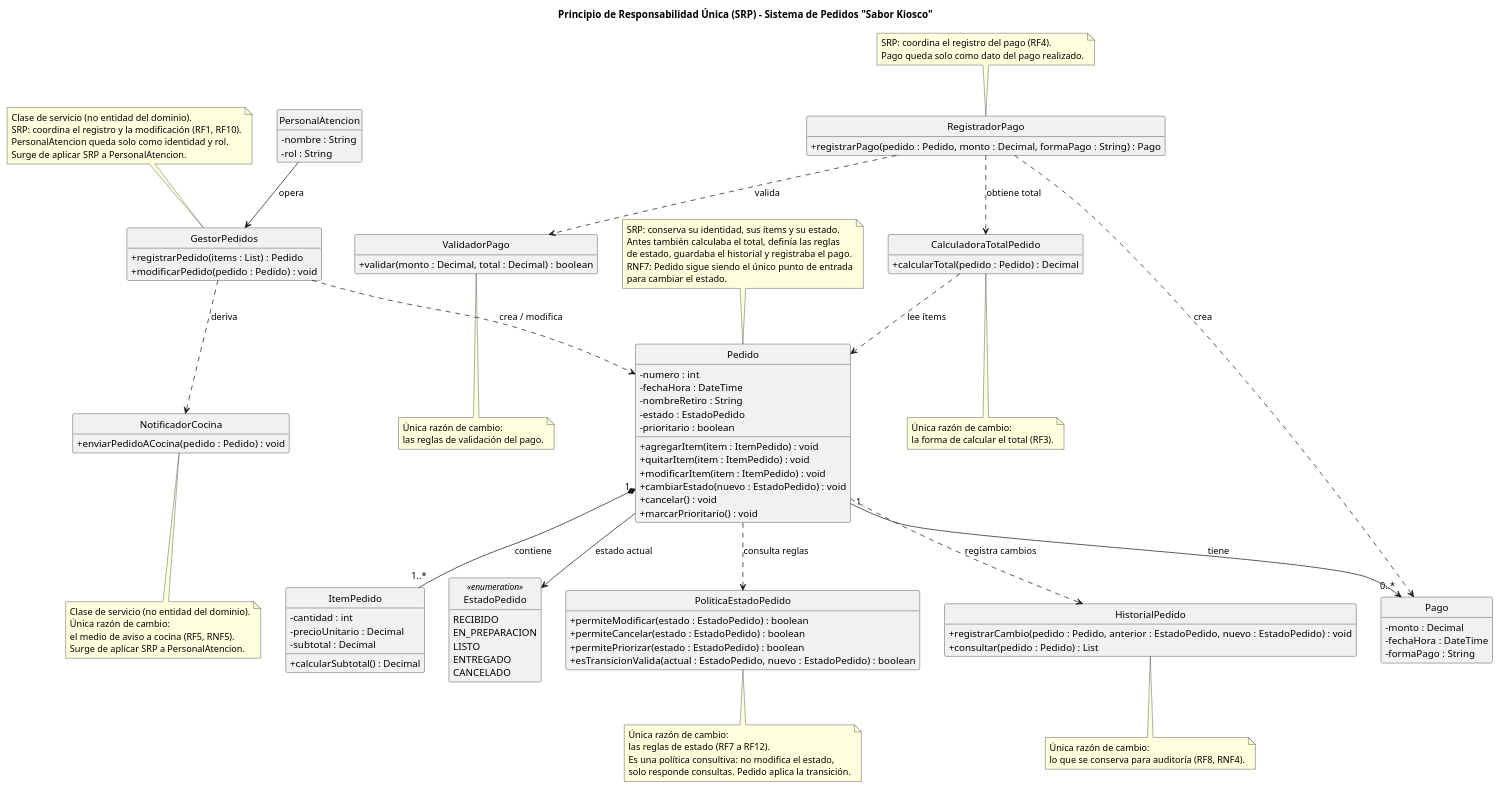
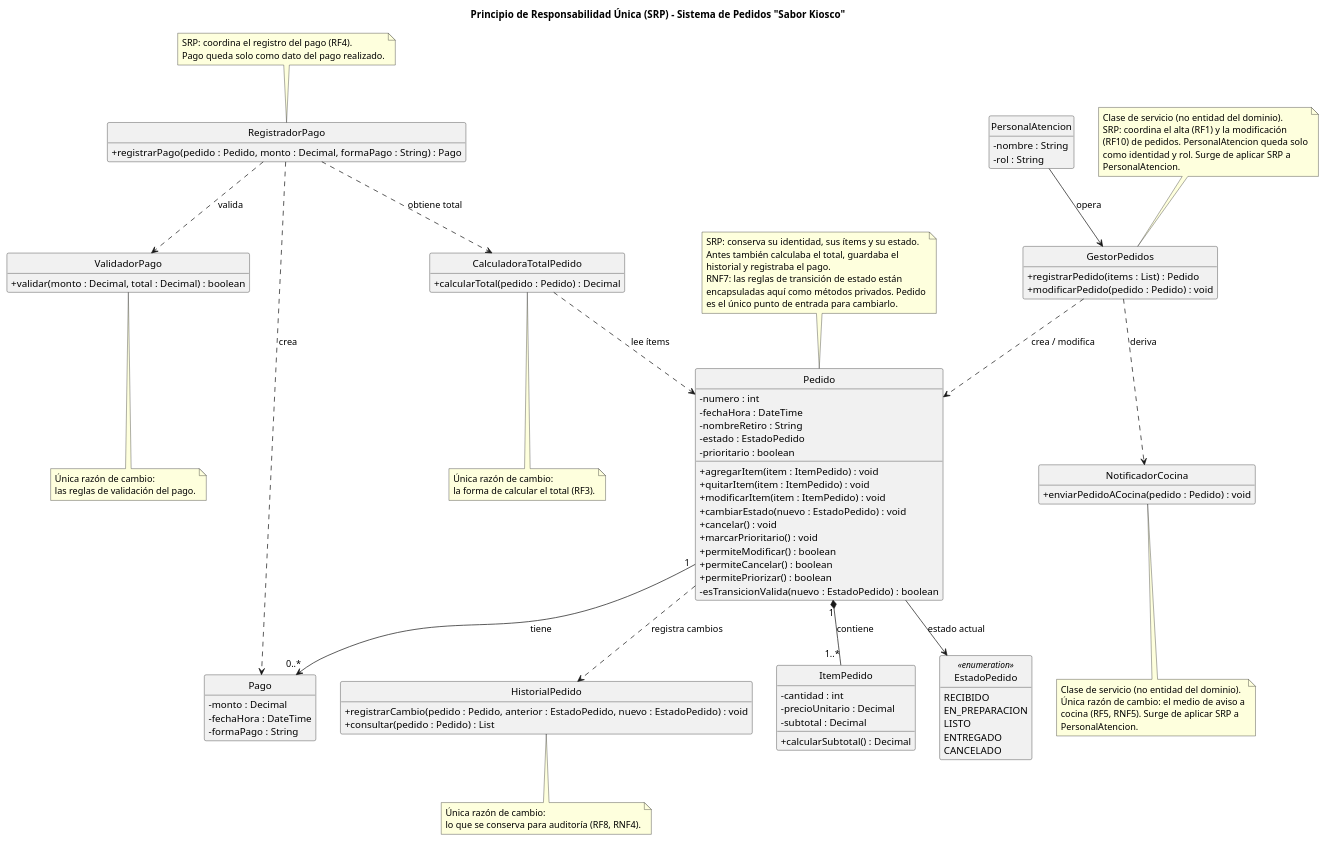
One commit to lucasmengarelli3/SistemaPedidos changed the diagram in diagramas/01-diagrama-clases/01-solid-01-srp.puml. Above: the diagram before and after it, drawn with PlantUML. The commit also changed 3 other files, not shown here.

Commit message:
fix: RC15 segunda iteracion (encapsula reglas en Pedido) y RC16 con RF10

```diff
--- a/diagramas/01-diagrama-clases/01-solid-01-srp.puml
+++ b/diagramas/01-diagrama-clases/01-solid-01-srp.puml
@@ -1,145 +1,136 @@
-@startuml SRP_SistemaPedidos
+@startuml
 skinparam shadowing false
 skinparam classAttributeIconSize 0
 hide empty members
 hide circle
 
 title Principio de Responsabilidad Única (SRP) - Sistema de Pedidos "Sabor Kiosco"
 
 class Pedido {
   - numero : int
   - fechaHora : DateTime
   - nombreRetiro : String
   - estado : EstadoPedido
   - prioritario : boolean
   + agregarItem(item : ItemPedido) : void
   + quitarItem(item : ItemPedido) : void
   + modificarItem(item : ItemPedido) : void
   + cambiarEstado(nuevo : EstadoPedido) : void
   + cancelar() : void
   + marcarPrioritario() : void
+  + permiteModificar() : boolean
+  + permiteCancelar() : boolean
+  + permitePriorizar() : boolean
+  - esTransicionValida(nuevo : EstadoPedido) : boolean
 }
 
 class ItemPedido {
   - cantidad : int
   - precioUnitario : Decimal
   - subtotal : Decimal
   + calcularSubtotal() : Decimal
 }
 
 enum EstadoPedido <<enumeration>> {
   RECIBIDO
   EN_PREPARACION
   LISTO
   ENTREGADO
   CANCELADO
-}
-
-class PoliticaEstadoPedido {
-  + permiteModificar(estado : EstadoPedido) : boolean
-  + permiteCancelar(estado : EstadoPedido) : boolean
-  + permitePriorizar(estado : EstadoPedido) : boolean
-  + esTransicionValida(actual : EstadoPedido, nuevo : EstadoPedido) : boolean
 }
 
 class CalculadoraTotalPedido {
   + calcularTotal(pedido : Pedido) : Decimal
 }
 
 class HistorialPedido {
   + registrarCambio(pedido : Pedido, anterior : EstadoPedido, nuevo : EstadoPedido) : void
   + consultar(pedido : Pedido) : List
 }
 
 class Pago {
   - monto : Decimal
   - fechaHora : DateTime
   - formaPago : String
 }
 
 class ValidadorPago {
   + validar(monto : Decimal, total : Decimal) : boolean
 }
 
 class RegistradorPago {
   + registrarPago(pedido : Pedido, monto : Decimal, formaPago : String) : Pago
 }
 
 class PersonalAtencion {
   - nombre : String
   - rol : String
 }
 
 class GestorPedidos {
   + registrarPedido(items : List) : Pedido
   + modificarPedido(pedido : Pedido) : void
 }
 
 class NotificadorCocina {
   + enviarPedidoACocina(pedido : Pedido) : void
 }
 
 Pedido "1" *-- "1..*" ItemPedido : contiene
 Pedido --> EstadoPedido : estado actual
-Pedido ..> PoliticaEstadoPedido : consulta reglas
 Pedido ..> HistorialPedido : registra cambios
 CalculadoraTotalPedido ..> Pedido : lee ítems
 
 Pedido "1" --> "0..*" Pago : tiene
 RegistradorPago ..> Pago : crea
 RegistradorPago ..> ValidadorPago : valida
 RegistradorPago ..> CalculadoraTotalPedido : obtiene total
 
 PersonalAtencion --> GestorPedidos : opera
 GestorPedidos ..> Pedido : crea / modifica
 GestorPedidos ..> NotificadorCocina : deriva
 
 note top of Pedido
   SRP: conserva su identidad, sus ítems y su estado.
-  Antes también calculaba el total, definía las reglas
-  de estado, guardaba el historial y registraba el pago.
-  RNF7: Pedido sigue siendo el único punto de entrada
-  para cambiar el estado.
-end note
-
-note bottom of PoliticaEstadoPedido
-  Única razón de cambio:
-  las reglas de estado (RF7 a RF12).
-  Es una política consultiva: no modifica el estado,
-  solo responde consultas. Pedido aplica la transición.
+  Antes también calculaba el total, guardaba el
+  historial y registraba el pago.
+  RNF7: las reglas de transición de estado están
+  encapsuladas aquí como métodos privados. Pedido
+  es el único punto de entrada para cambiarlo.
 end note
 
 note bottom of CalculadoraTotalPedido
   Única razón de cambio:
   la forma de calcular el total (RF3).
 end note
 
 note bottom of HistorialPedido
   Única razón de cambio:
   lo que se conserva para auditoría (RF8, RNF4).
 end note
 
 note bottom of ValidadorPago
   Única razón de cambio:
   las reglas de validación del pago.
 end note
 
 note top of RegistradorPago
   SRP: coordina el registro del pago (RF4).
   Pago queda solo como dato del pago realizado.
 end note
 
 note bottom of NotificadorCocina
   Clase de servicio (no entidad del dominio).
-  Única razón de cambio:
-  el medio de aviso a cocina (RF5, RNF5).
-  Surge de aplicar SRP a PersonalAtencion.
+  Única razón de cambio: el medio de aviso a
+  cocina (RF5, RNF5). Surge de aplicar SRP a
+  PersonalAtencion.
 end note
 
 note top of GestorPedidos
   Clase de servicio (no entidad del dominio).
-  SRP: coordina el registro y la modificación (RF1, RF10).
-  PersonalAtencion queda solo como identidad y rol.
-  Surge de aplicar SRP a PersonalAtencion.
+  SRP: coordina el alta (RF1) y la modificación
+  (RF10) de pedidos. PersonalAtencion queda solo
+  como identidad y rol. Surge de aplicar SRP a
+  PersonalAtencion.
 end note
 @enduml
```
